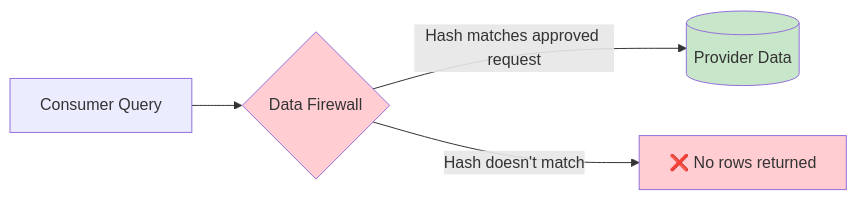
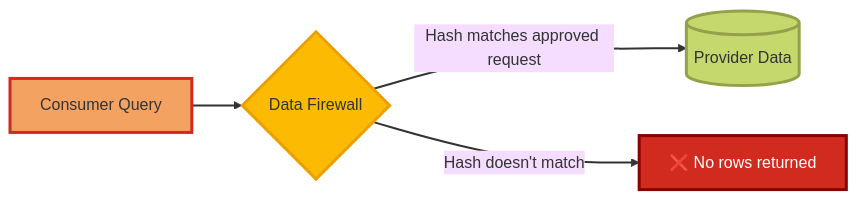
The fourth of 4 diagrams in DCR_Flow_and_Cost_Guide.md (sfc-gh-vshiv/sfquickstart-data-clean-room), drawn with Mermaid before and after one commit. The commit also changed other lines of this file, not shown here.

Commit message:
Enhance DCR Flow and Cost Guide with updated Mermaid diagram styles and configurations for improved visual consistency and clarity

````diff
--- a/DCR_Flow_and_Cost_Guide.md
+++ b/DCR_Flow_and_Cost_Guide.md
@@ -162,10 +166,14 @@
 ```mermaid
+%%{init: {'theme': 'base', 'themeVariables': { 'lineColor': '#333', 'primaryTextColor': '#333'}}}%%
 flowchart LR
     Q[Consumer Query] --> DF{Data Firewall}
     DF -->|Hash matches approved request| D[(Provider Data)]
     DF -->|Hash doesn't match| X[❌ No rows returned]
     
-    style DF fill:#ffcdd2
-    style D fill:#c8e6c9
-    style X fill:#ffcdd2
+    style Q fill:#f4a261,stroke:#d12b1f,stroke-width:3px
+    style DF fill:#fcba03,stroke:#e9a000,stroke-width:3px
+    style D fill:#c5d86d,stroke:#94a14a,stroke-width:3px
+    style X fill:#d12b1f,stroke:#8b0000,stroke-width:3px,color:#fff
+    
+    linkStyle default stroke:#333,stroke-width:2px
 ```
````
